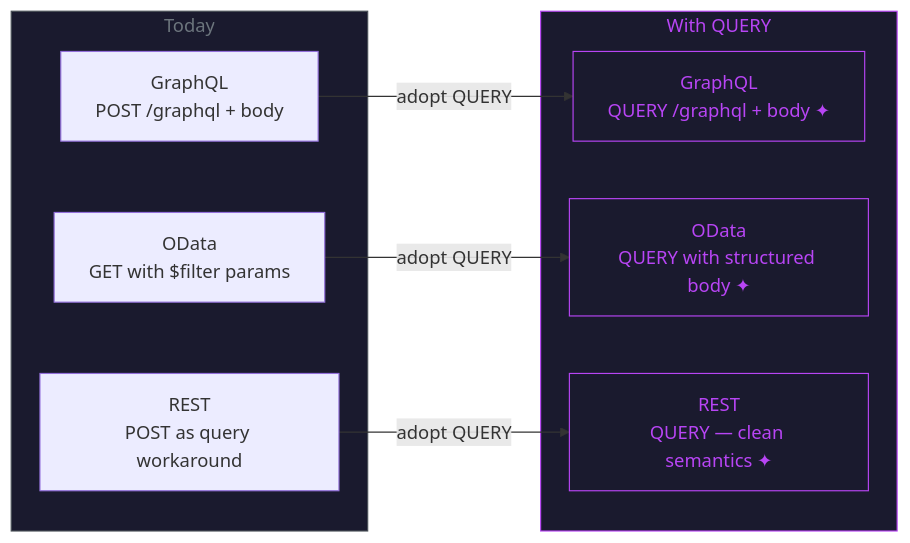
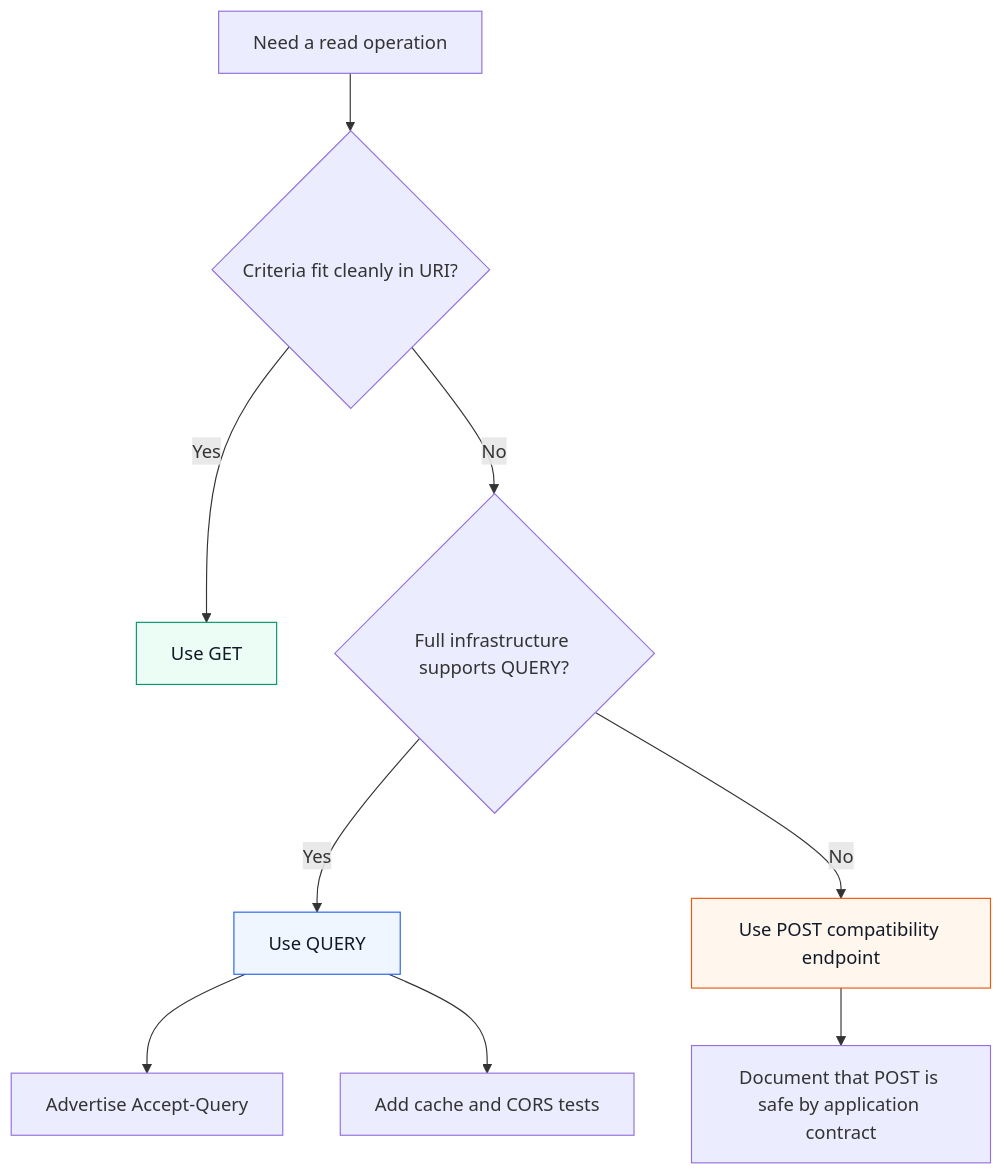
The third of 3 diagrams in src/http-query-method.md (Abhiramrathod/blogs), drawn with Mermaid before and after one commit. The commit also changed other lines of this file and 1 other file, not shown here.

Commit message:
Revise HTTP QUERY method article with updated title, description, and comprehensive content on RFC 10008, including practical examples and comparisons with GET and POST methods.

````diff
--- a/src/http-query-method.md
+++ b/src/http-query-method.md
@@ -330,24 +464,15 @@
 ```mermaid
-flowchart LR
-    subgraph Today["Today"]
-        A1["GraphQL\nPOST /graphql + body"]
-        A2["OData\nGET with $filter params"]
-        A3["REST\nPOST as query workaround"]
-    end
+flowchart TD
+    A["Need a read operation"] --> B{"Criteria fit cleanly in URI?"}
+    B -->|Yes| C["Use GET"]
+    B -->|No| D{"Full infrastructure supports QUERY?"}
+    D -->|Yes| E["Use QUERY"]
+    D -->|No| F["Use POST compatibility endpoint"]
+    E --> G["Advertise Accept-Query"]
+    E --> H["Add cache and CORS tests"]
+    F --> I["Document that POST is safe by application contract"]
 
-    subgraph Future["With QUERY"]
-        B1["GraphQL\nQUERY /graphql + body ✦"]
-        B2["OData\nQUERY with structured body ✦"]
-        B3["REST\nQUERY — clean semantics ✦"]
-    end
-
-    A1 -->|adopt QUERY| B1
-    A2 -->|adopt QUERY| B2
-    A3 -->|adopt QUERY| B3
-
-    style Today fill:#1a1a2e,stroke:#495057,color:#6c757d
-    style Future fill:#1a1a2e,stroke:#b845f5,color:#b845f5
-    style B1 fill:#1a1a2e,stroke:#b845f5,color:#b845f5
-    style B2 fill:#1a1a2e,stroke:#b845f5,color:#b845f5
-    style B3 fill:#1a1a2e,stroke:#b845f5,color:#b845f5
+    style E fill:#eff6ff,stroke:#2563eb,color:#111827
+    style C fill:#ecfdf5,stroke:#059669,color:#111827
+    style F fill:#fff7ed,stroke:#ea580c,color:#111827
 ```
````
